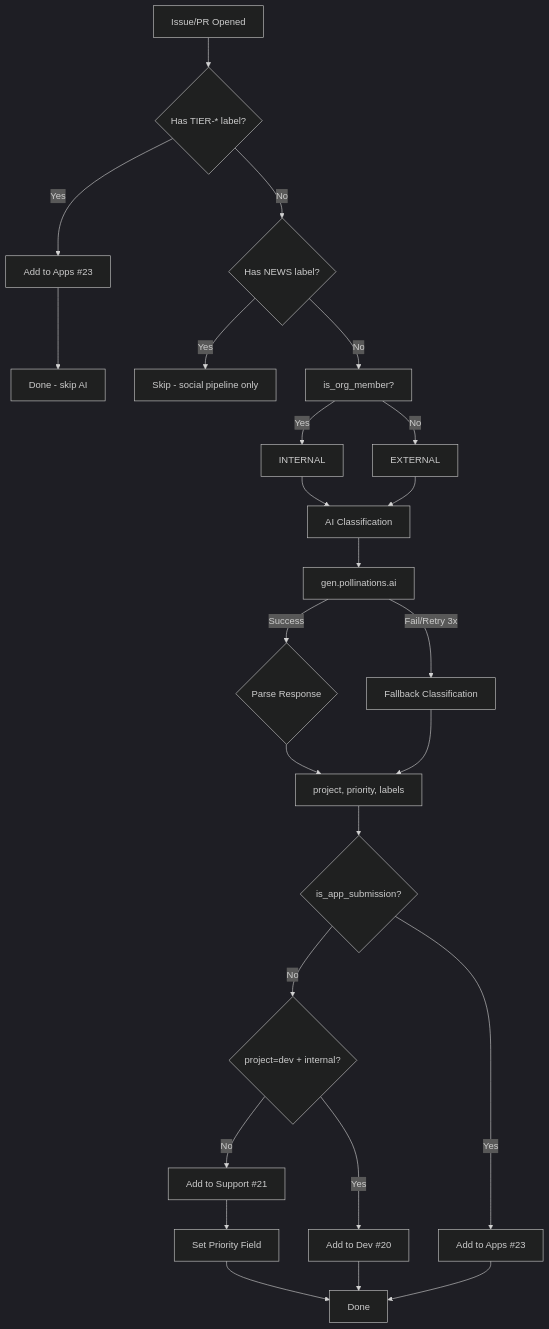
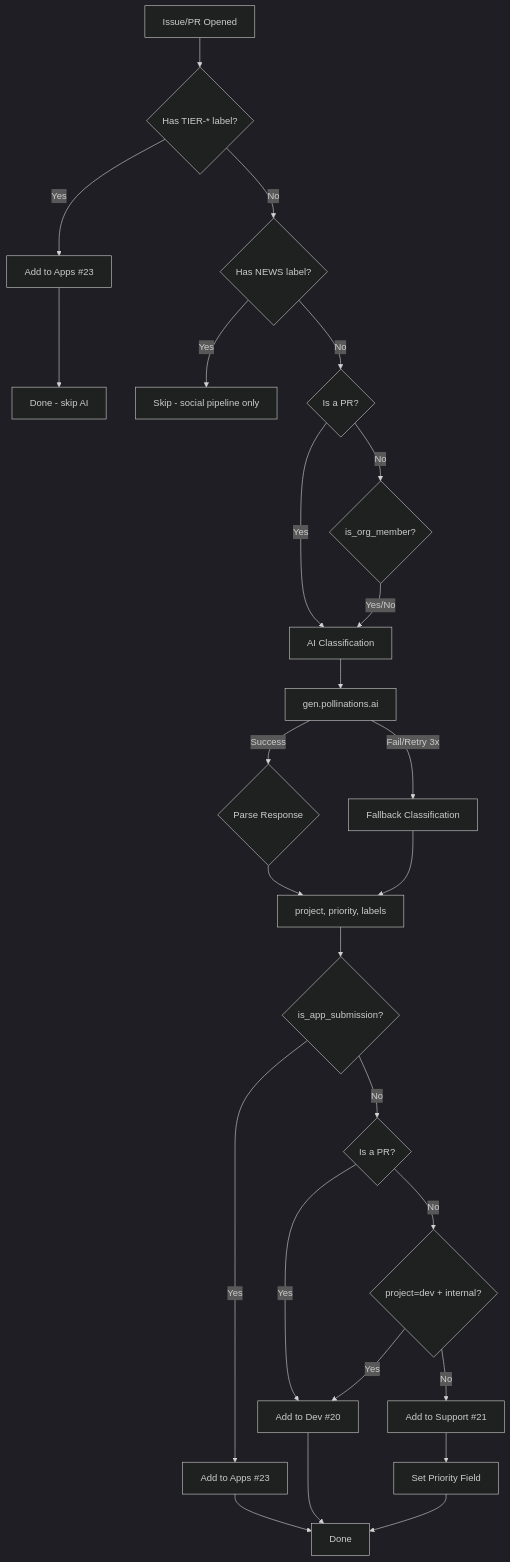
The second of 4 diagrams in .github/docs/TRIAGE.md (pollinations/pollinations), drawn with Mermaid before and after one commit. The commit also changed other lines of this file and 3 other files, not shown here.

````diff
--- a/.github/docs/TRIAGE.md
+++ b/.github/docs/TRIAGE.md
@@ -81,32 +82,32 @@
 ```mermaid
 %%{init: {'theme': 'dark'}}%%
 flowchart TD
     A[Issue/PR Opened] --> AA{Has TIER-* label?}
     AA -->|Yes| AB[Add to Apps #23]
     AB --> AC[Done - skip AI]
     AA -->|No| AN{Has NEWS label?}
     AN -->|Yes| AX[Skip - social pipeline only]
-    AN -->|No| B[is_org_member?]
-    B -->|Yes| F[INTERNAL]
-    B -->|No| G[EXTERNAL]
-
-    F --> H[AI Classification]
-    G --> H
+    AN -->|No| PR{Is a PR?}
+    PR -->|Yes| H[AI Classification]
+    PR -->|No| B{is_org_member?}
+    B -->|Yes/No| H
 
     H --> I[gen.pollinations.ai]
     I -->|Success| J{Parse Response}
     I -->|Fail/Retry 3x| K[Fallback Classification]
     J --> L[project, priority, labels]
     K --> L
 
     L --> IAS{is_app_submission?}
     IAS -->|Yes| AP[Add to Apps #23]
-    IAS -->|No| M{project=dev + internal?}
-    M -->|Yes| N[Add to Dev #20]
+    IAS -->|No| ISPR{Is a PR?}
+    ISPR -->|Yes| N[Add to Dev #20]
+    ISPR -->|No| M{project=dev + internal?}
+    M -->|Yes| N
     M -->|No| Q[Add to Support #21]
 
     Q --> U[Set Priority Field]
     U --> V[Done]
     N --> V
     AP --> V
 ```
````
